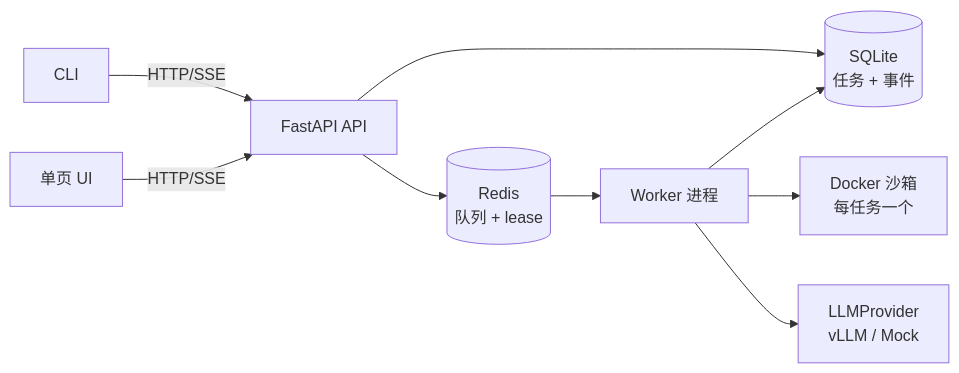
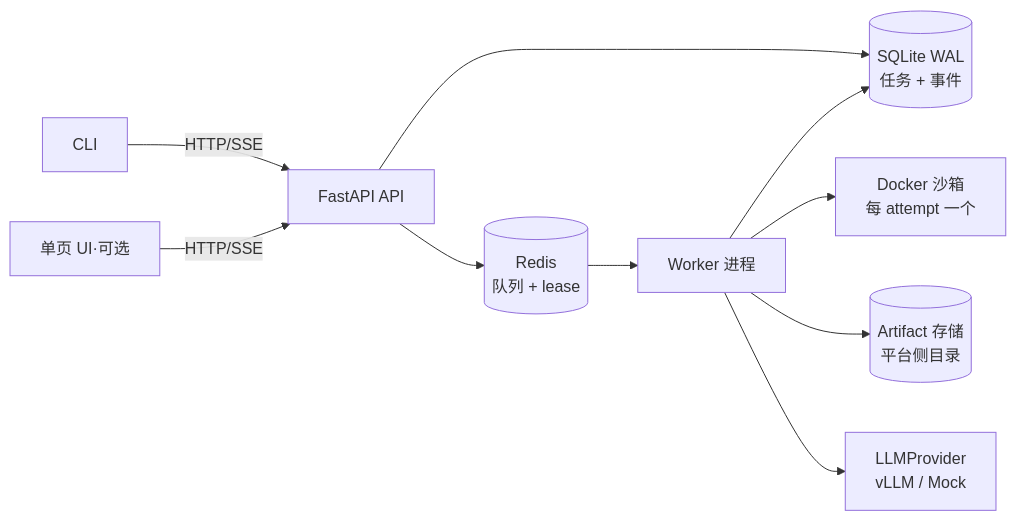
One commit to jackkeane/cloudagentperform changed the diagram in docs/specs/2026-07-25-cloud-agent-platform-design.md. Above: the diagram before and after it, drawn with Mermaid. The commit also changed other lines of this file, not shown here.

````diff
--- a/docs/specs/2026-07-25-cloud-agent-platform-design.md
+++ b/docs/specs/2026-07-25-cloud-agent-platform-design.md
@@ -24,11 +26,12 @@
 ```mermaid
 flowchart LR
     CLI[CLI] -->|HTTP/SSE| API[FastAPI API]
-    WEB[单页 UI] -->|HTTP/SSE| API
+    WEB[单页 UI·可选] -->|HTTP/SSE| API
     API --> R[(Redis<br/>队列 + lease)]
-    API --> DB[(SQLite<br/>任务 + 事件)]
+    API --> DB[(SQLite WAL<br/>任务 + 事件)]
     R --> W[Worker 进程]
     W --> DB
-    W --> S[Docker 沙箱<br/>每任务一个]
+    W --> S[Docker 沙箱<br/>每 attempt 一个]
+    W --> A[(Artifact 存储<br/>平台侧目录)]
     W --> L[LLMProvider<br/>vLLM / Mock]
 ```
````
